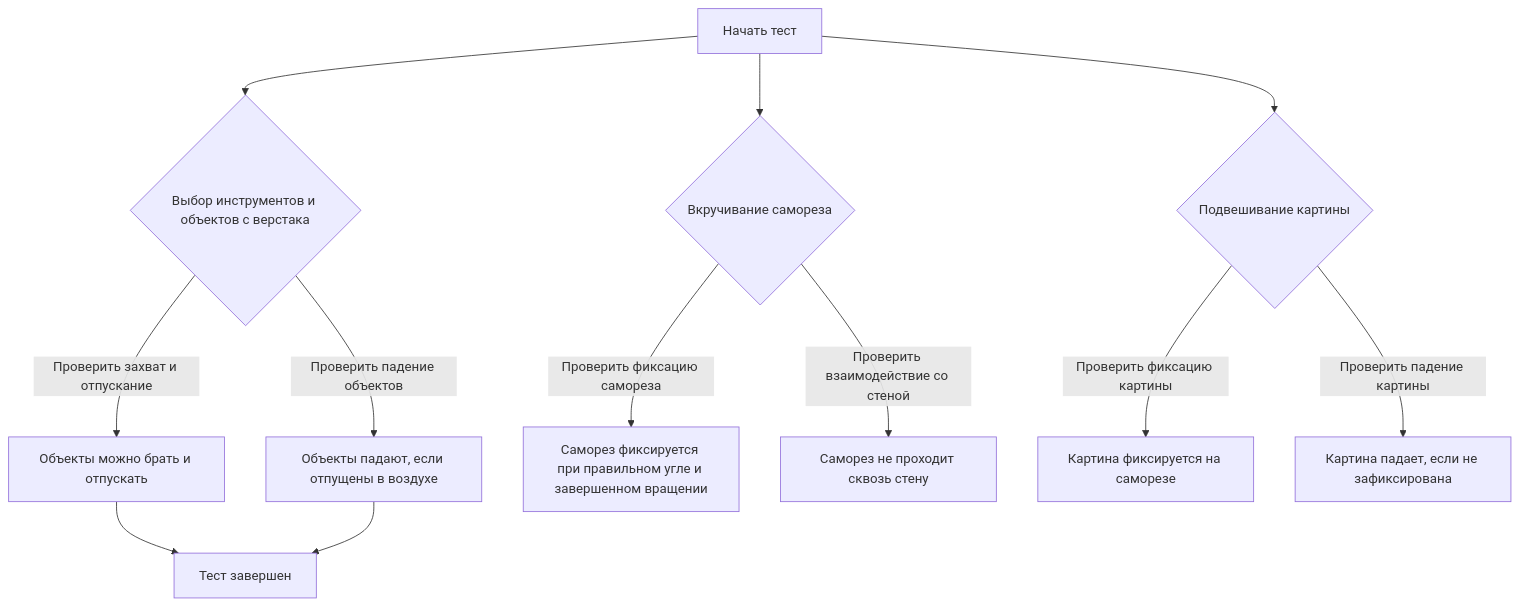
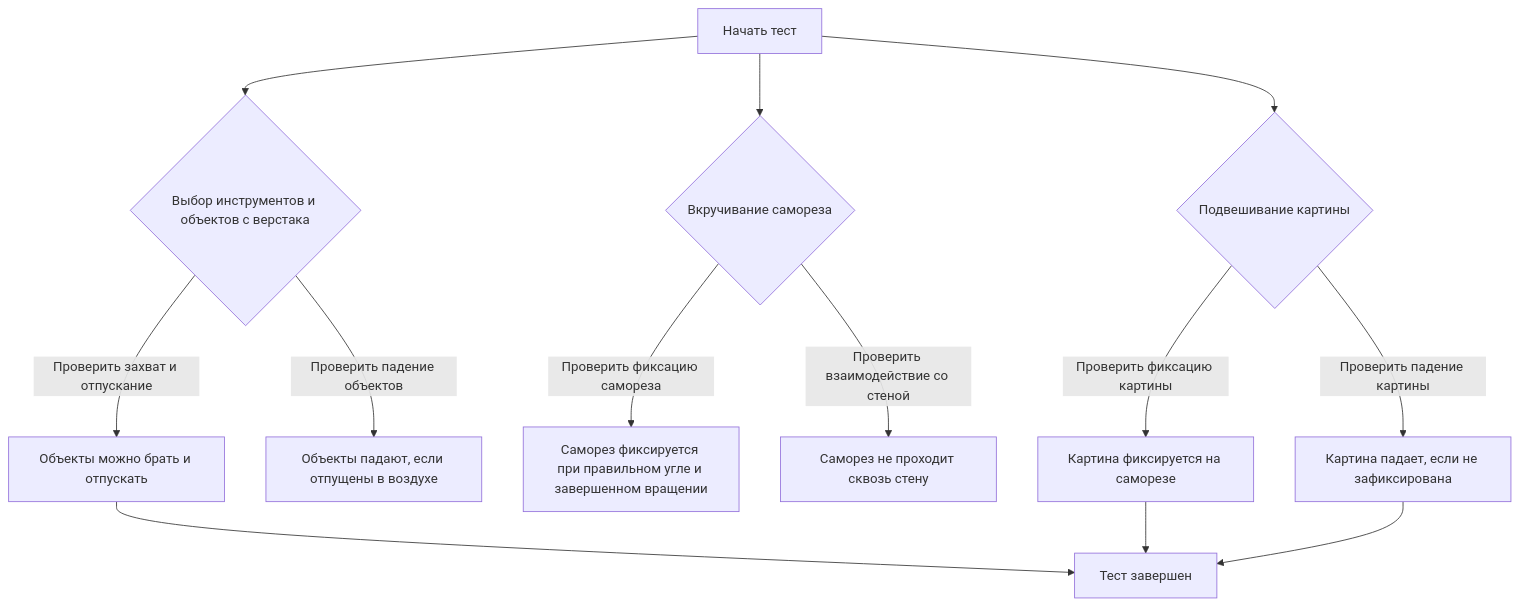
The diagram in all/не называться-1.md (NerdyCep/iodraw-files), drawn with Mermaid before and after one commit.

Commit message:
2025-02-25 18:38:08 update

````diff
--- a/all/не называться-1.md
+++ b/all/не называться-1.md
@@ -1,18 +1,19 @@
 ```mermaid
 graph TD
     A[Начать тест] --> B{Выбор инструментов и объектов с верстака}
     B -->|Проверить захват и отпускание| C[Объекты можно брать и отпускать]
     B -->|Проверить падение объектов| D[Объекты падают, если отпущены в воздухе]
 
     A --> E{Вкручивание самореза}
     E -->|Проверить фиксацию самореза| F[Саморез фиксируется при правильном угле и завершенном вращении]
     E -->|Проверить взаимодействие со стеной| G[Саморез не проходит сквозь стену]
 
     A --> H{Подвешивание картины}
     H -->|Проверить фиксацию картины| I[Картина фиксируется на саморезе]
     H -->|Проверить падение картины| J[Картина падает, если не зафиксирована]
 
     C --> K[Тест завершен]
-    D --> K
-   
+    
+    I --> K
+    J --> K
 ```
````
